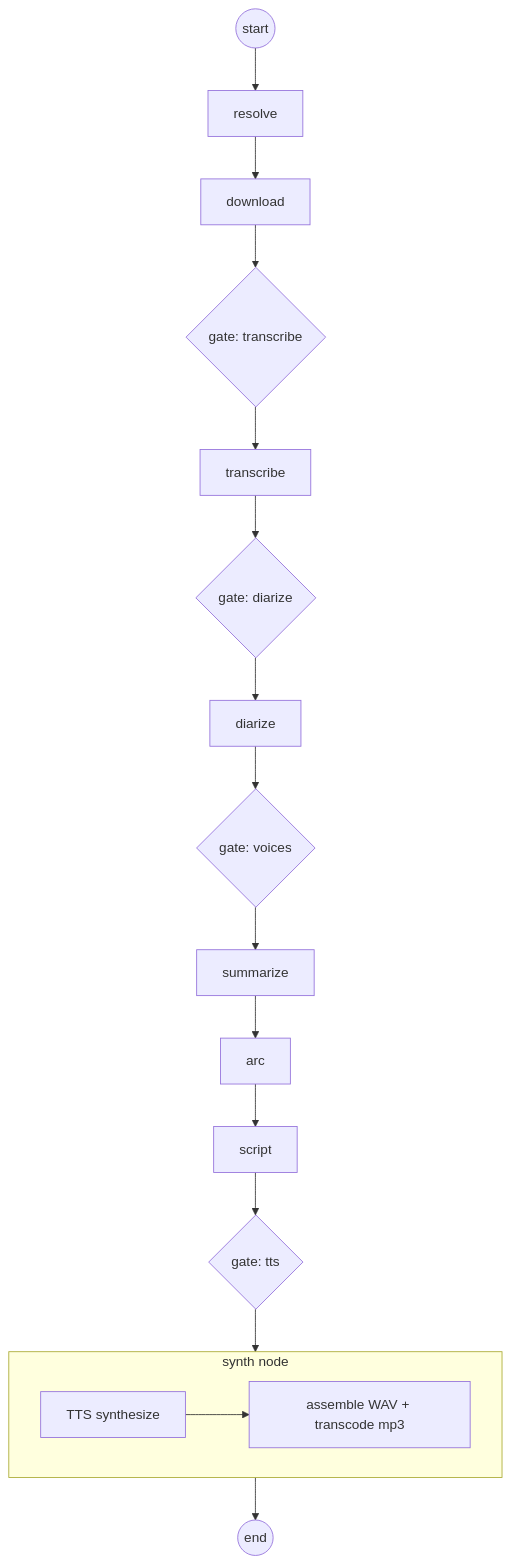
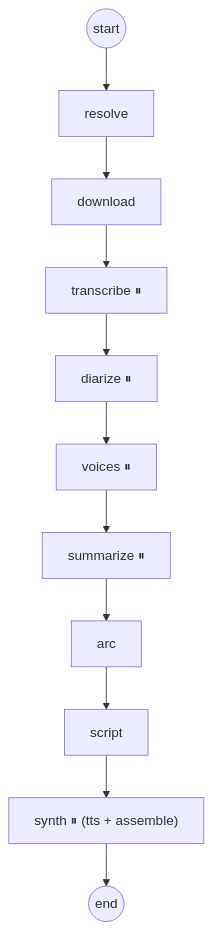
The third of 3 diagrams in docs/architecture.md (behradkhodayar/repodify), drawn with Mermaid before and after one commit. The commit also changed other lines of this file, not shown here.

First line of the commit message:
Refresh architecture reference to the current system

````diff
--- a/docs/architecture.md
+++ b/docs/architecture.md
@@ -129,20 +150,13 @@
 ```mermaid
 flowchart TD
     START((start)) --> R[resolve]
     R --> DL[download]
-    DL --> G1{gate: transcribe}
-    G1 --> T[transcribe]
-    T --> G2{gate: diarize}
-    G2 --> DZ[diarize]
-    DZ --> G3{gate: voices}
-    G3 --> S[summarize]
+    DL --> T["transcribe ⏸"]
+    T --> DZ["diarize ⏸"]
+    DZ --> V["voices ⏸"]
+    V --> S["summarize ⏸"]
     S --> AR[arc]
     AR --> SC[script]
-    SC --> G4{gate: tts}
-    G4 --> SY[synth node]
+    SC --> SY["synth ⏸ (tts + assemble)"]
     SY --> END((end))
-
-    subgraph SY[synth node]
-        y1[TTS synthesize] --> y2[assemble WAV + transcode mp3]
-    end
 ```
````
